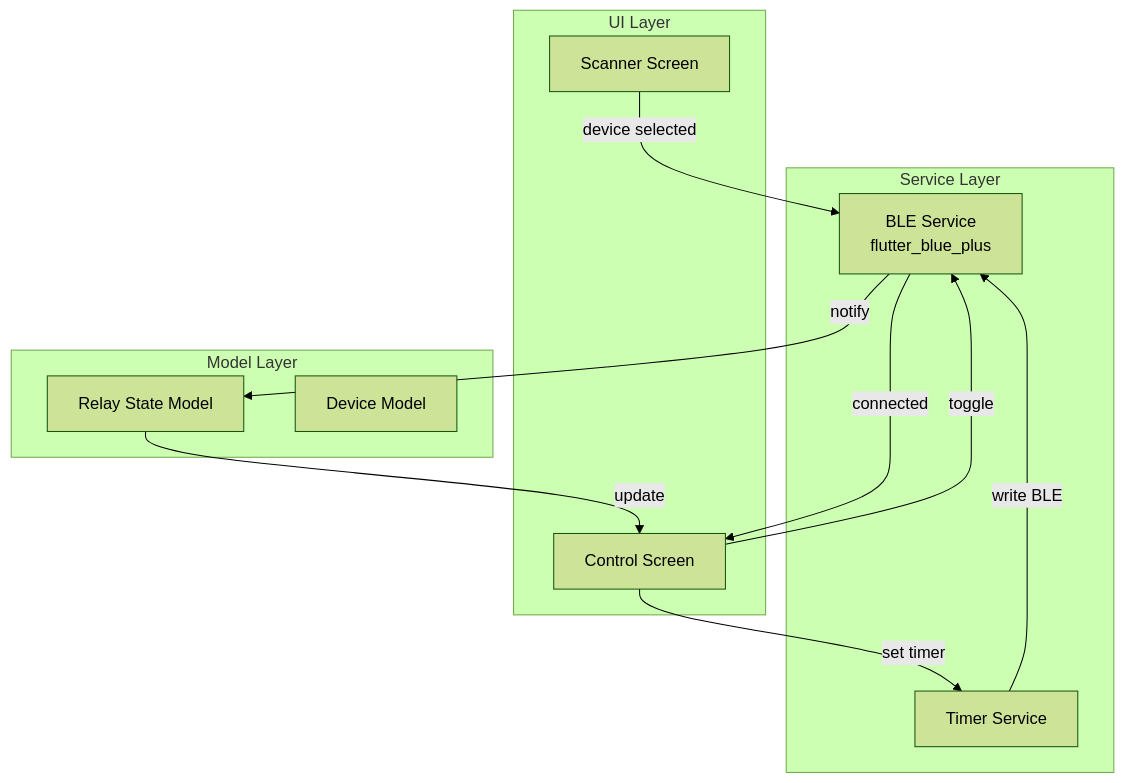
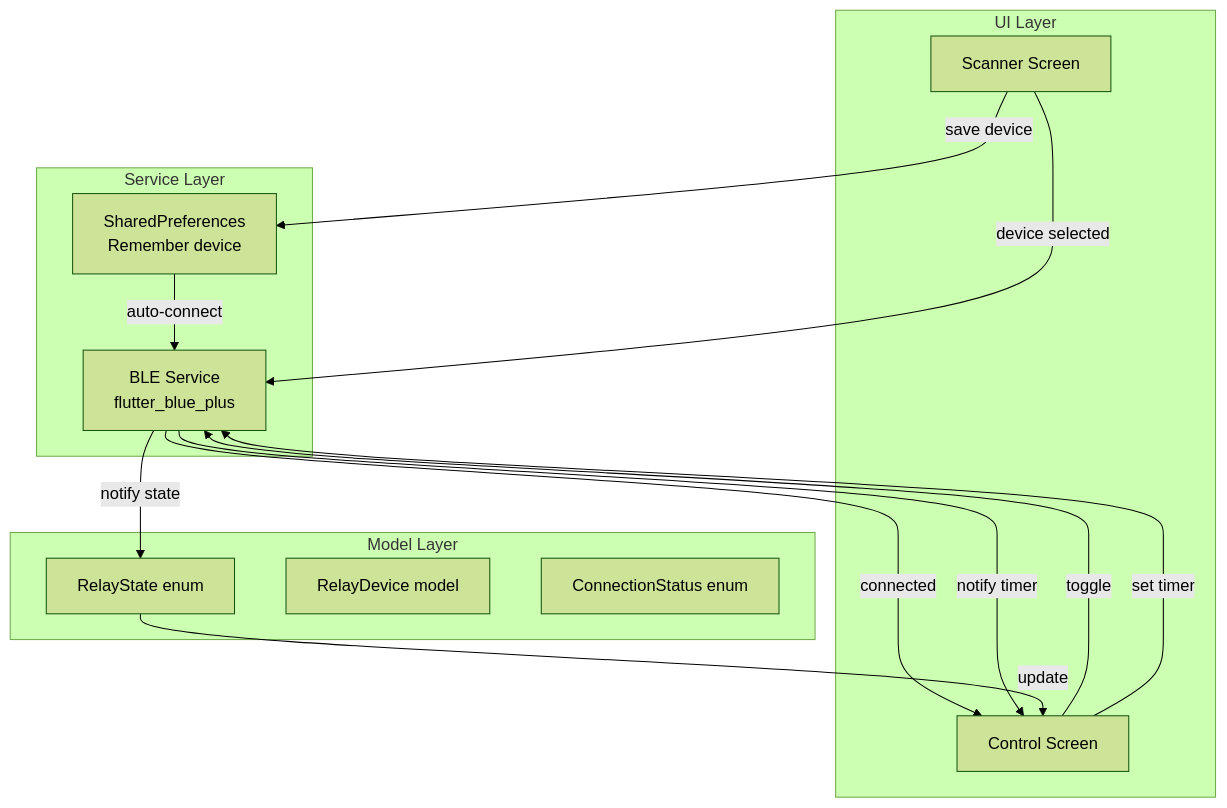
Before and after one commit to vabarcaPWR/xiao-remote-button: the first of 3 diagrams in docs/architecture-app.md, drawn with Mermaid (forest theme). The commit also changed other lines of this file and 1 other file, not shown here.

````diff
--- a/docs/architecture-app.md
+++ b/docs/architecture-app.md
@@ -9,25 +11,28 @@
 ```mermaid
 graph TD
     subgraph UI Layer
         SCANNER[Scanner Screen]
         CONTROL[Control Screen]
     end
 
     subgraph Service Layer
         BLE_SVC[BLE Service<br/>flutter_blue_plus]
-        TIMER_SVC[Timer Service]
+        PREFS[SharedPreferences<br/>Remember device]
     end
 
     subgraph Model Layer
-        RELAY_STATE[Relay State Model]
-        DEVICE[Device Model]
+        RELAY_STATE[RelayState enum]
+        DEVICE[RelayDevice model]
+        CONN_STATUS[ConnectionStatus enum]
     end
 
     SCANNER -->|device selected| BLE_SVC
+    SCANNER -->|save device| PREFS
+    PREFS -->|auto-connect| BLE_SVC
     BLE_SVC -->|connected| CONTROL
     CONTROL -->|toggle| BLE_SVC
-    BLE_SVC -->|notify| RELAY_STATE
+    CONTROL -->|set timer| BLE_SVC
+    BLE_SVC -->|notify state| RELAY_STATE
+    BLE_SVC -->|notify timer| CONTROL
     RELAY_STATE -->|update| CONTROL
-    CONTROL -->|set timer| TIMER_SVC
-    TIMER_SVC -->|write BLE| BLE_SVC
 ```
````
